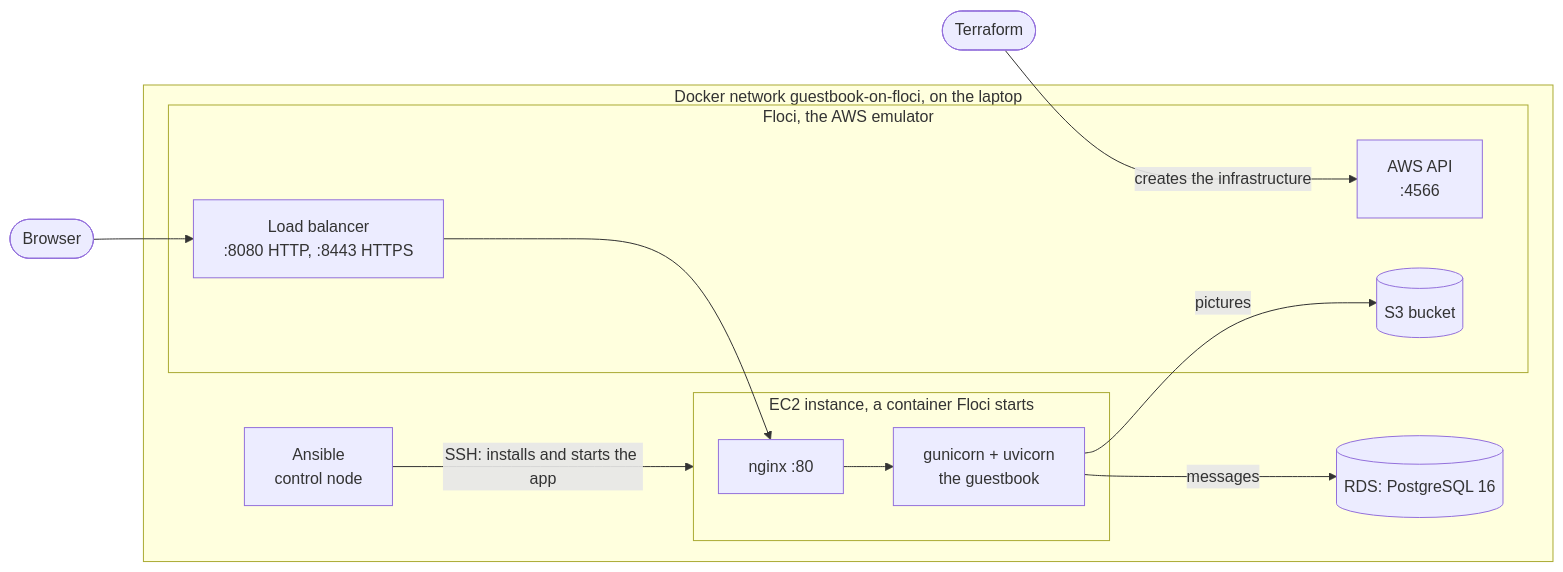
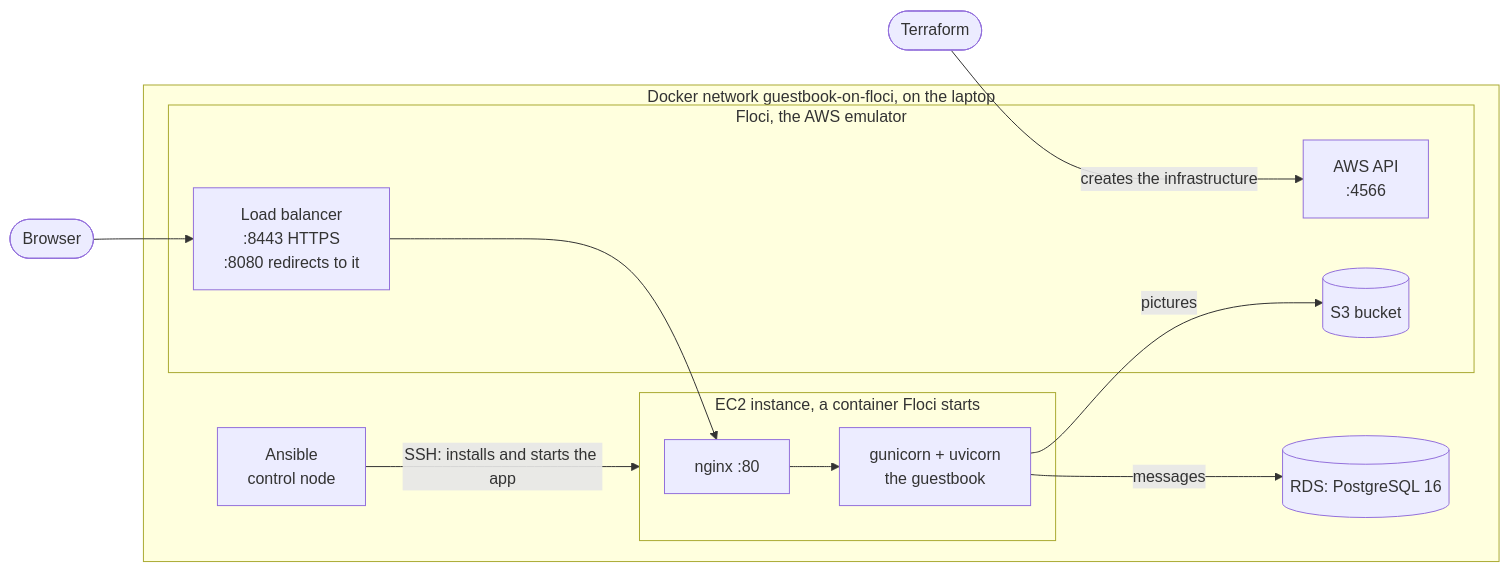
Before and after one commit to CesarBallardini/guestbook-on-floci: the first of 2 diagrams in README.md, drawn with Mermaid. The commit also changed other lines of this file and 14 other files, not shown here.

````diff
--- a/README.md
+++ b/README.md
@@ -17,22 +17,22 @@
 ```mermaid
 flowchart LR
     browser([Browser])
     terraform([Terraform])
     subgraph laptop["Docker network guestbook-on-floci, on the laptop"]
         subgraph floci["Floci, the AWS emulator"]
             api["AWS API<br/>:4566"]
-            lb["Load balancer<br/>:8080 HTTP, :8443 HTTPS"]
+            lb["Load balancer<br/>:8443 HTTPS<br/>:8080 redirects to it"]
             s3[("S3 bucket")]
         end
         subgraph instance["EC2 instance, a container Floci starts"]
             nginx["nginx :80"] --> gunicorn["gunicorn + uvicorn<br/>the guestbook"]
         end
         rds[("RDS: PostgreSQL 16")]
         ansible["Ansible<br/>control node"]
     end
     browser --> lb --> nginx
     gunicorn -- messages --> rds
     gunicorn -- pictures --> s3
     terraform -- creates the infrastructure --> api
     ansible -- "SSH: installs and starts the app" --> instance
 ```
````
